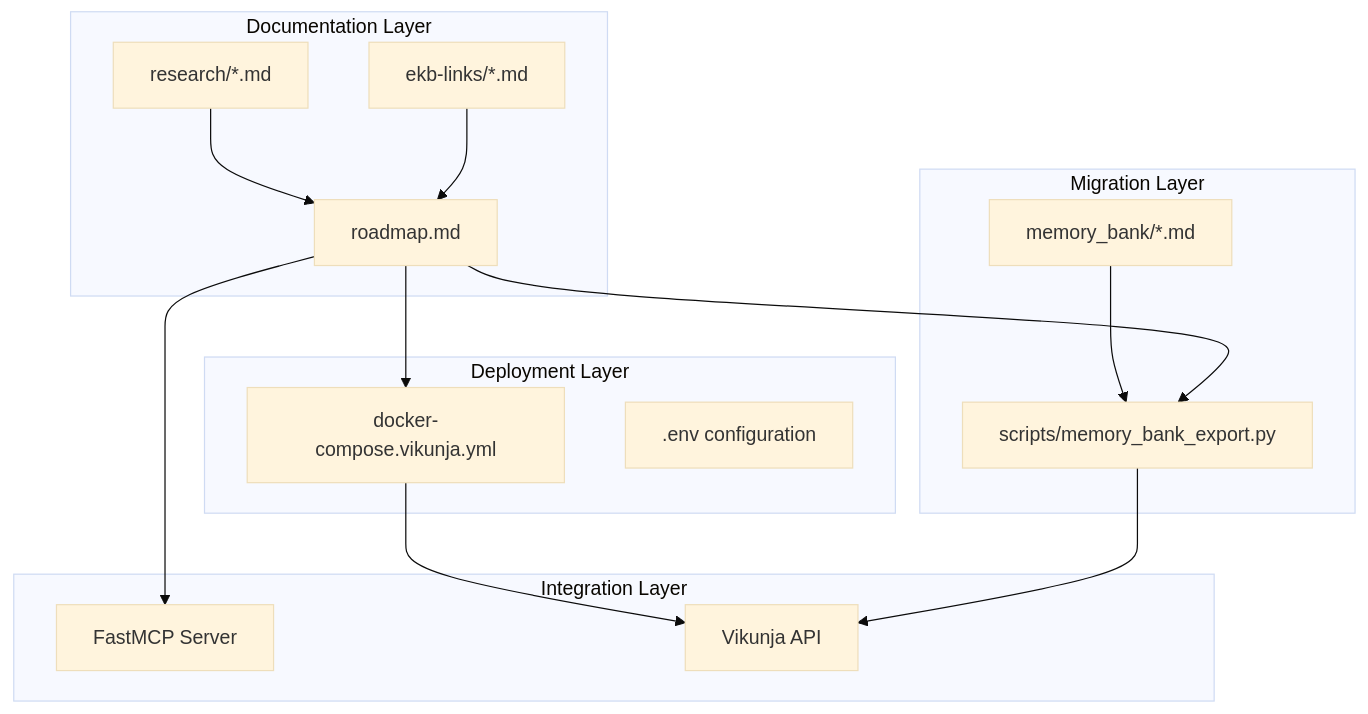
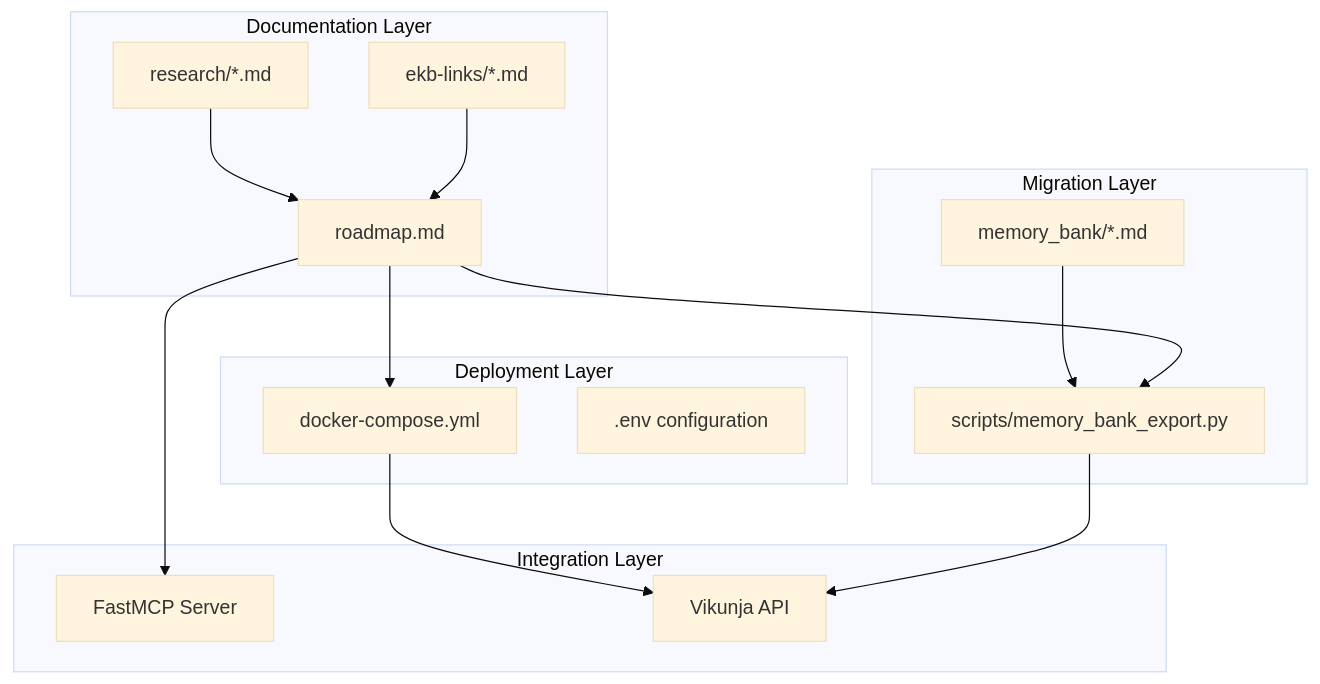
The diagram in expert-knowledge/sync/vikunja-deployment-artifacts-v1.0.0.md (Xoe-NovAi/xoe-novai-foundation), drawn with Mermaid (base theme) before and after one commit. The commit also changed other lines of this file and 73 other files, not shown here.

Commit message:
Replace references to deprecated docker-compose.vikunja.yml with docker-compose.yml

````diff
--- a/expert-knowledge/sync/vikunja-deployment-artifacts-v1.0.0.md
+++ b/expert-knowledge/sync/vikunja-deployment-artifacts-v1.0.0.md
@@ -64,32 +64,32 @@
 ```mermaid
 graph TD
     subgraph "Deployment Layer"
-        A[docker-compose.vikunja.yml]
+        A[docker-compose.yml]
         B[.env configuration]
     end
     
     subgraph "Migration Layer"
         C[scripts/memory_bank_export.py]
         D[memory_bank/*.md]
     end
     
     subgraph "Integration Layer"
         E[FastMCP Server]
         F[Vikunja API]
     end
     
     subgraph "Documentation Layer"
         G[roadmap.md]
         H[research/*.md]
         I[ekb-links/*.md]
     end
     
     A --> F
     C --> F
     D --> C
     G --> A
     G --> C
     G --> E
     H --> G
     I --> G
 ```
````
